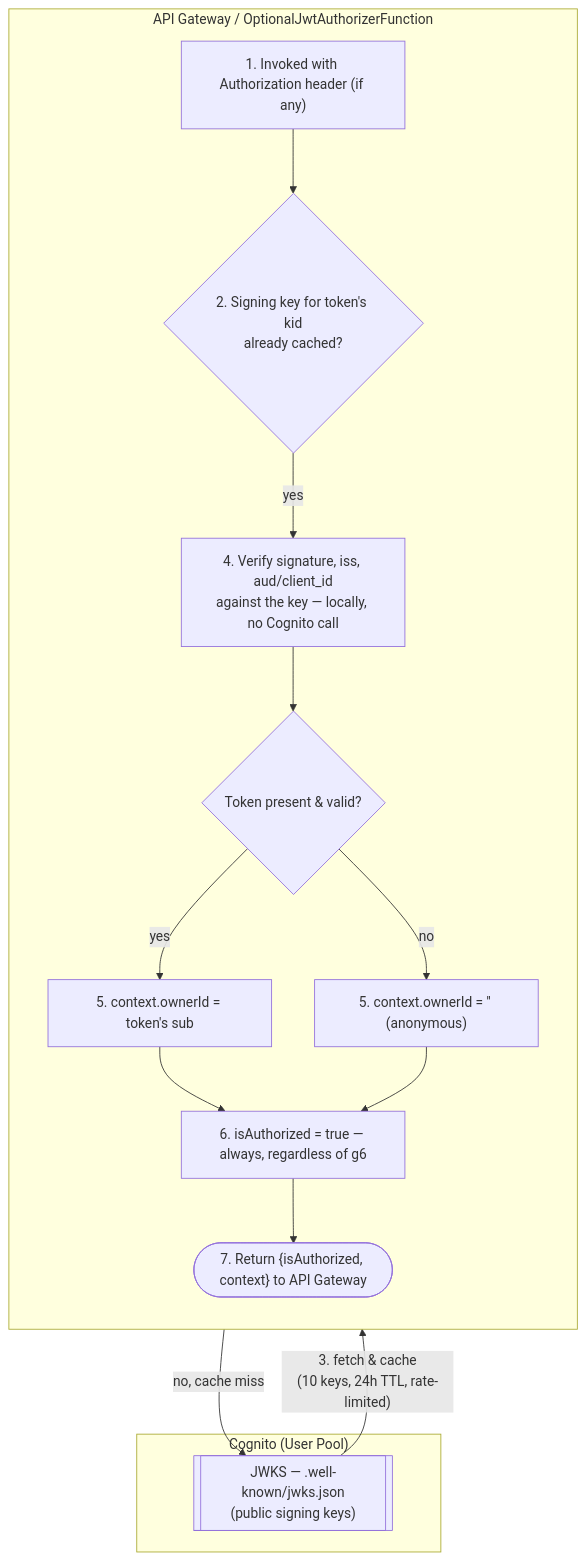
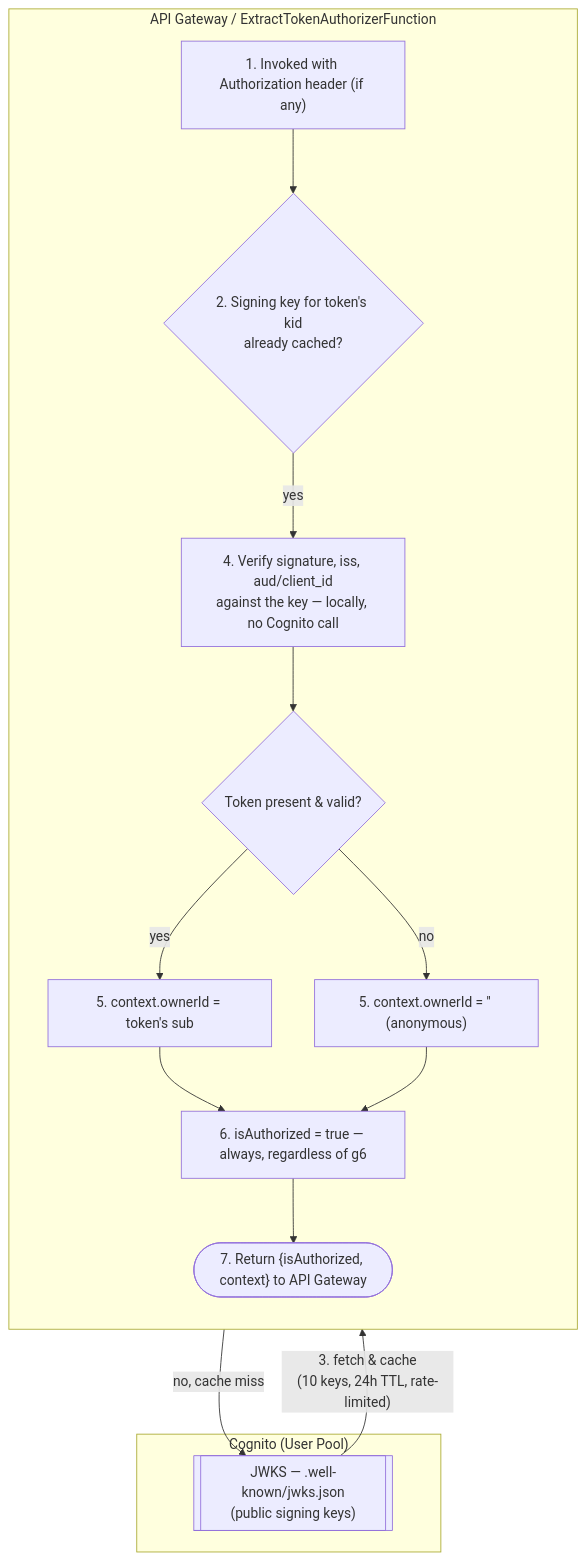
One commit to hinn1411/tylink changed the diagram in docs/learning/05-cognito-and-lambda-authorizers.md. Above: the diagram before and after it, drawn with Mermaid. The commit also changed other lines of this file and 5 other files, not shown here.

Commit message:
refactor: rename OptionalJwtAuthorizerHandler to ExtractTokenAuthorizerHandler for clearer intent

````diff
--- a/docs/learning/05-cognito-and-lambda-authorizers.md
+++ b/docs/learning/05-cognito-and-lambda-authorizers.md
@@ -90,27 +90,27 @@
 ```mermaid
 flowchart TD
-    subgraph Authorizer["API Gateway / OptionalJwtAuthorizerFunction"]
+    subgraph Authorizer["API Gateway / ExtractTokenAuthorizerFunction"]
         direction TB
         g1["1. Invoked with Authorization header (if any)"]
         g2{"2. Signing key for token's kid<br/>already cached?"}
         g5["4. Verify signature, iss, aud/client_id<br/>against the key — locally, no Cognito call"]
         g6{"Token present & valid?"}
         g7["5. context.ownerId = token's sub"]
         g8["5. context.ownerId = '' (anonymous)"]
         g9["6. isAuthorized = true — always, regardless of g6"]
         g10(["7. Return {isAuthorized, context} to API Gateway"])
         g1 --> g2
         g2 -->|yes| g5
         g6 -->|yes| g7 --> g9
         g6 -->|no| g8 --> g9
         g5 --> g6
         g9 --> g10
     end
 
     subgraph Cognito["Cognito (User Pool)"]
         co1[["JWKS — .well-known/jwks.json<br/>(public signing keys)"]]
     end
 
     g2 -->|no, cache miss| co1
     co1 -->|"3. fetch & cache<br/>(10 keys, 24h TTL, rate-limited)"| g5
 ```
````
